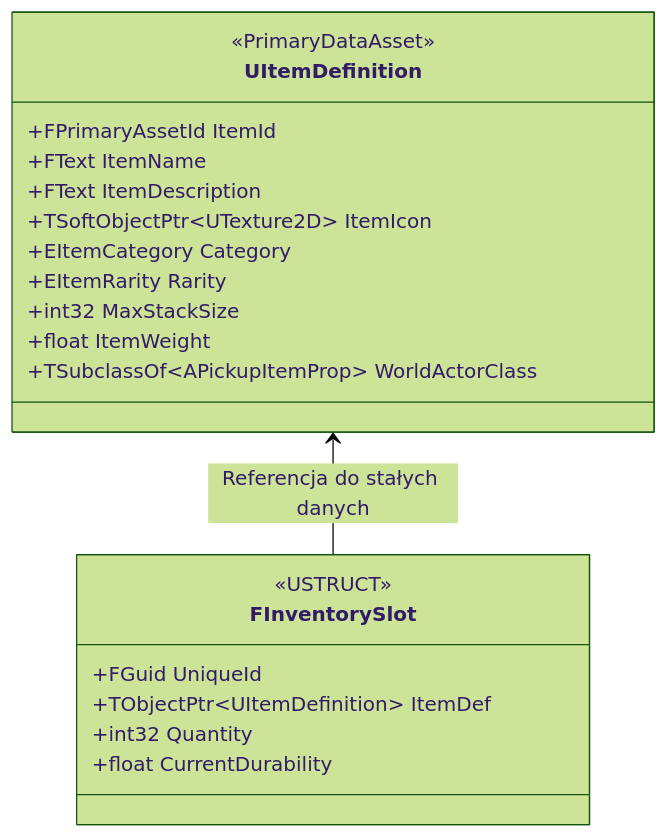
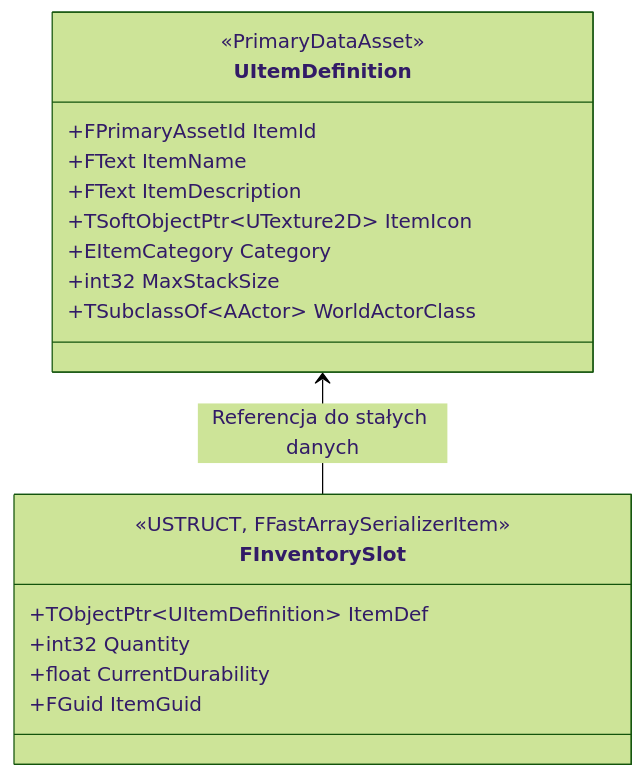
The third of 4 diagrams in .context/specs/ITEM_AND_INVENTORY_SYSTEM.md (MoistAbes/DungeonCrawler), drawn with Mermaid (forest theme) before and after one commit. The commit also changed other lines of this file, not shown here.

````diff
--- a/.context/specs/ITEM_AND_INVENTORY_SYSTEM.md
+++ b/.context/specs/ITEM_AND_INVENTORY_SYSTEM.md
@@ -44,25 +92,23 @@
 ```mermaid
 classDiagram
     class UItemDefinition {
         <<PrimaryDataAsset>>
         +FPrimaryAssetId ItemId
         +FText ItemName
         +FText ItemDescription
         +TSoftObjectPtr~UTexture2D~ ItemIcon
         +EItemCategory Category
-        +EItemRarity Rarity
         +int32 MaxStackSize
-        +float ItemWeight
-        +TSubclassOf~APickupItemProp~ WorldActorClass
+        +TSubclassOf~AActor~ WorldActorClass
     }
 
     class FInventorySlot {
-        <<USTRUCT>>
-        +FGuid UniqueId
+        <<USTRUCT, FFastArraySerializerItem>>
         +TObjectPtr~UItemDefinition~ ItemDef
         +int32 Quantity
         +float CurrentDurability
+        +FGuid ItemGuid
     }
 
     UItemDefinition <-- FInventorySlot : Referencja do stałych danych
 ```
````
